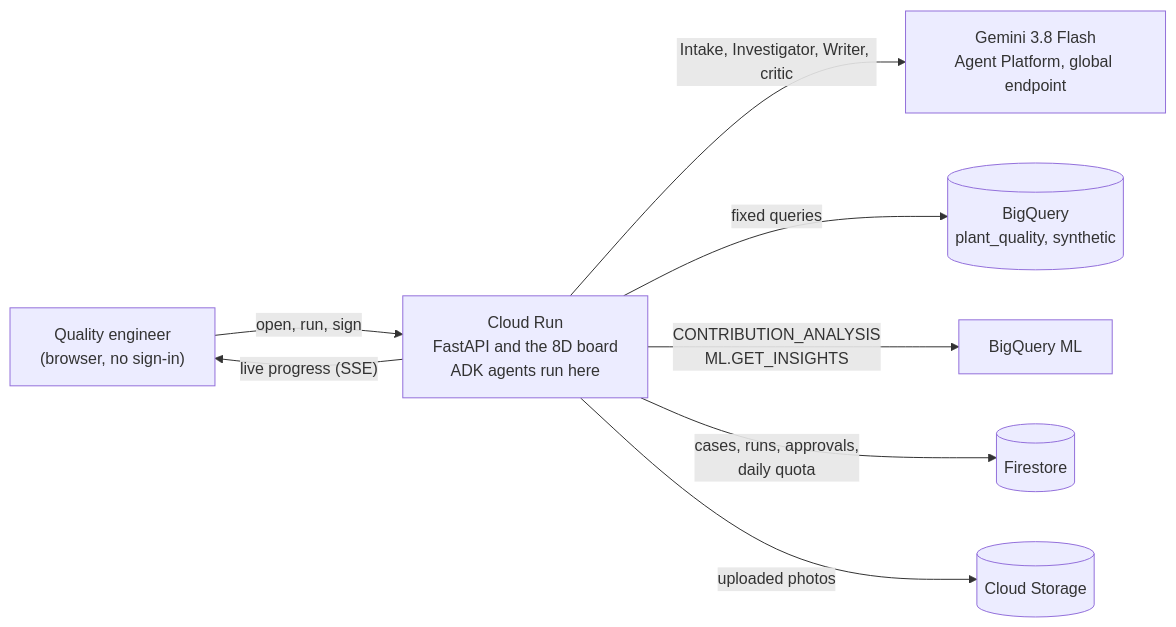
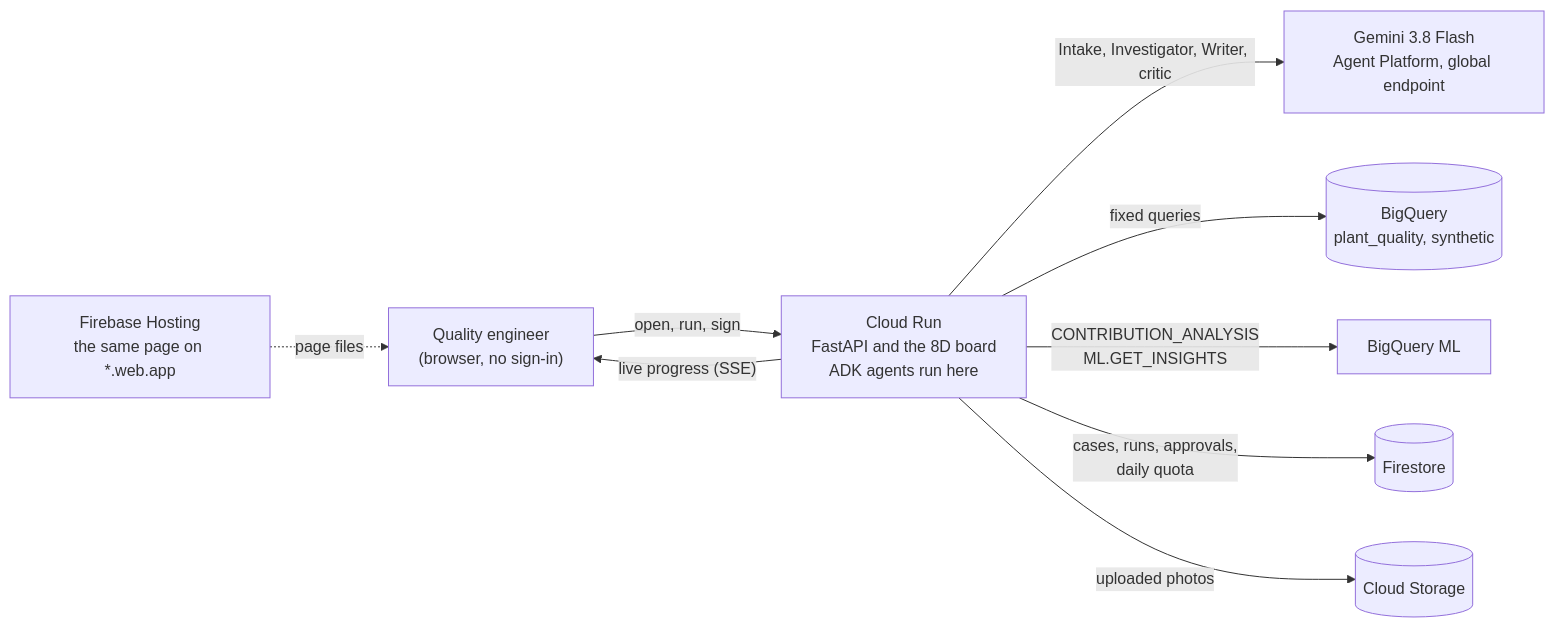
One commit to surajmalthumkar8/root-and-escape changed the first of 3 diagrams in README.md. Above: the diagram before and after it, drawn with Mermaid. The commit also changed other lines of this file and 9 other files, not shown here.

First line of the commit message:
Serve the page from Firebase Hosting as well

````diff
--- a/README.md
+++ b/README.md
@@ -100,10 +100,11 @@
 ```mermaid
 flowchart LR
   ENG["Quality engineer<br/>(browser, no sign-in)"] -->|"open, run, sign"| RUN["Cloud Run<br/>FastAPI and the 8D board<br/>ADK agents run here"]
   RUN -->|"Intake, Investigator, Writer, critic"| GEM["Gemini 3.8 Flash<br/>Agent Platform, global endpoint"]
   RUN -->|"fixed queries"| BQ[("BigQuery<br/>plant_quality, synthetic")]
   RUN -->|"CONTRIBUTION_ANALYSIS<br/>ML.GET_INSIGHTS"| BQML["BigQuery ML"]
   RUN -->|"cases, runs, approvals,<br/>daily quota"| FS[("Firestore")]
   RUN -->|"uploaded photos"| GCS[("Cloud Storage")]
   RUN -->|"live progress (SSE)"| ENG
+  FBH["Firebase Hosting<br/>the same page on *.web.app"] -.->|"page files"| ENG
 ```
````
